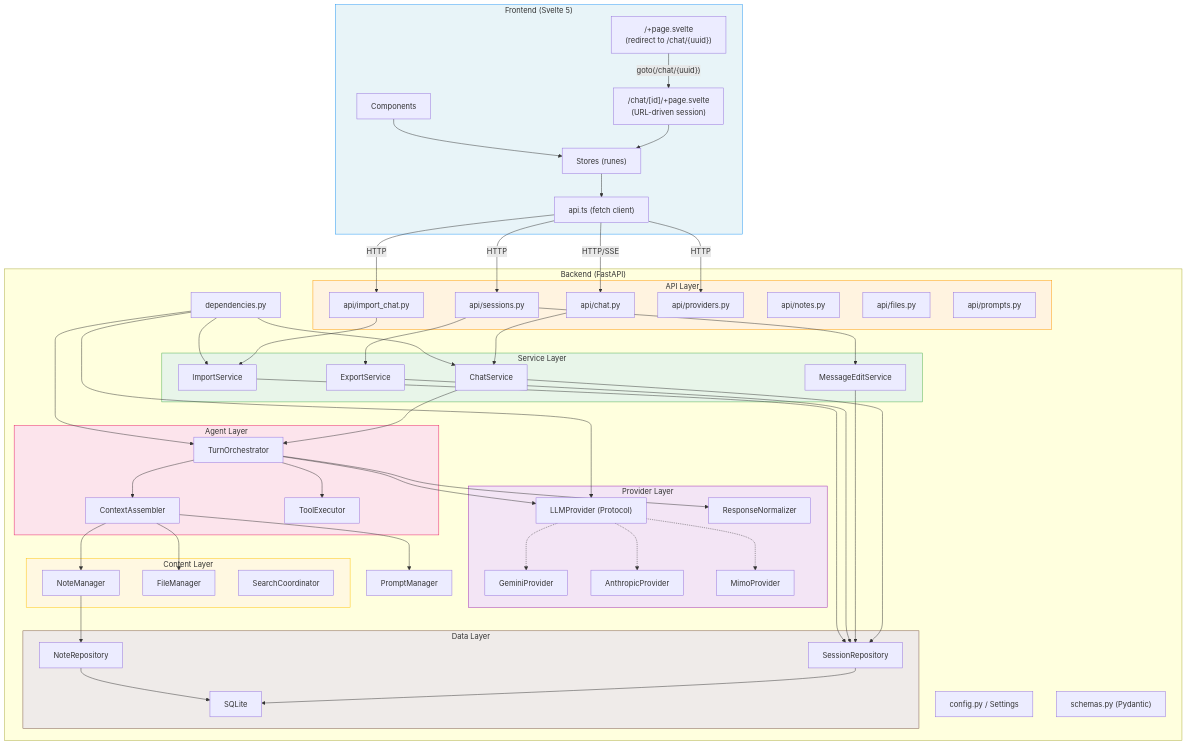
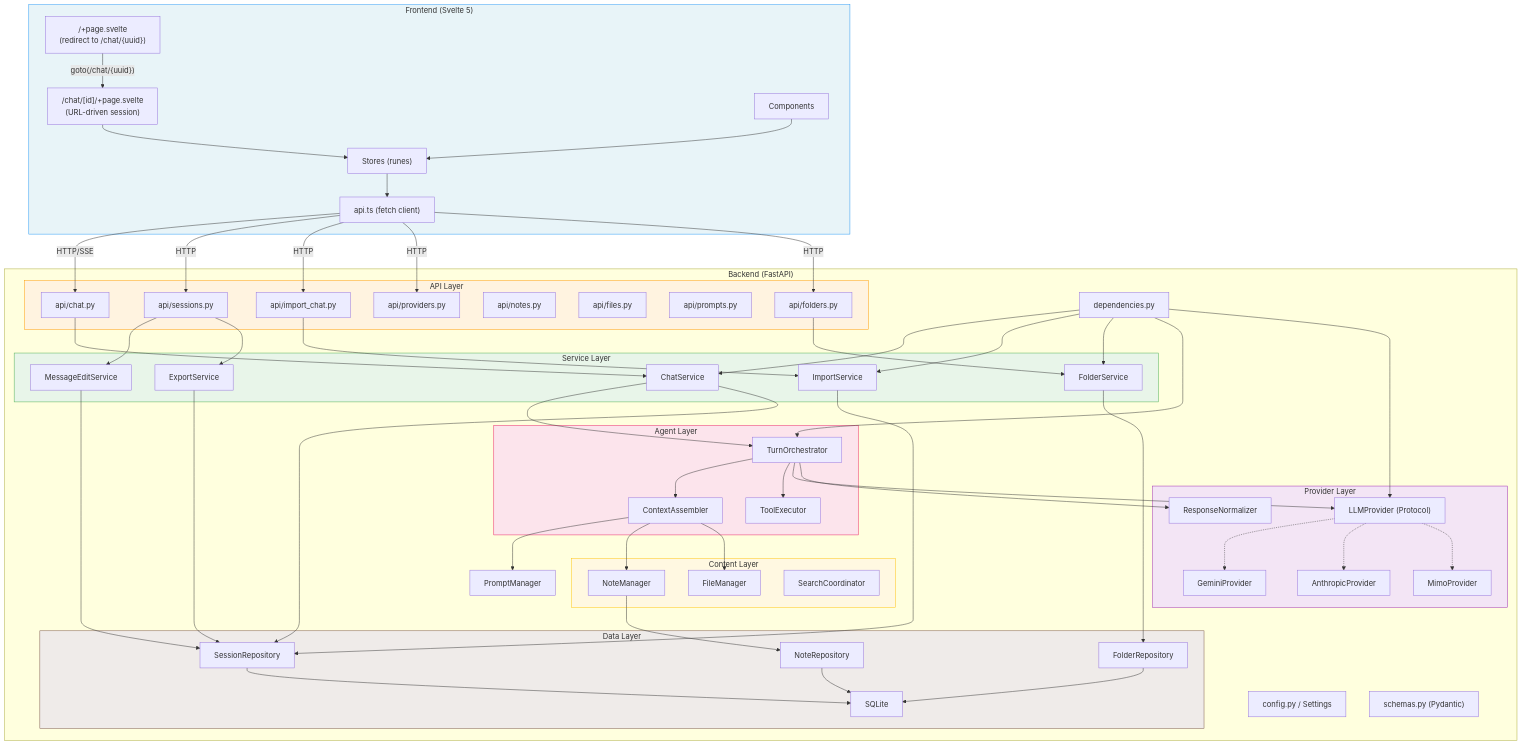
The first of 17 diagrams in kitchen-agent/docs/specs/architecture-diagrams.md (m1981/kuchnie), drawn with Mermaid before and after one commit. The commit also changed other lines of this file and 1 other file, not shown here.

First line of the commit message:
docs: update architecture diagrams to align with current codebase

```diff
--- a/kitchen-agent/docs/specs/architecture-diagrams.md
+++ b/kitchen-agent/docs/specs/architecture-diagrams.md
@@ -26,6 +26,7 @@
             NoteRoute["api/notes.py"]
             FileRoute["api/files.py"]
             PromptRoute["api/prompts.py"]
+            FolderRoute["api/folders.py"]
         end
 
         subgraph Service_Layer["Service Layer"]
@@ -33,6 +34,7 @@
             MsgEditor["MessageEditService"]
             ExportSvc["ExportService"]
             ImportSvc["ImportService"]
+            FolderSvc["FolderService"]
         end
 
         subgraph Agent_Layer["Agent Layer"]
@@ -58,6 +60,7 @@
         subgraph Data_Layer["Data Layer"]
             SessionRepo["SessionRepository"]
             NoteRepo["NoteRepository"]
+            FolderRepo["FolderRepository"]
             SQLite["SQLite"]
         end
 
@@ -75,11 +78,13 @@
     API -->|HTTP| SessionRoute
     API -->|HTTP| ImportRoute
     API -->|HTTP| ProviderRoute
+    API -->|HTTP| FolderRoute
 
     ChatRoute --> ChatSvc
     SessionRoute --> MsgEditor
     SessionRoute --> ExportSvc
     ImportRoute --> ImportSvc
+    FolderRoute --> FolderSvc
 
     ChatSvc --> Orchestrator
     Orchestrator --> Context
@@ -99,12 +104,15 @@
     MsgEditor --> SessionRepo
     ExportSvc --> SessionRepo
     ImportSvc --> SessionRepo
+    FolderSvc --> FolderRepo
     NoteMgr --> NoteRepo
     SessionRepo --> SQLite
     NoteRepo --> SQLite
+    FolderRepo --> SQLite
 
     DI --> ChatSvc
     DI --> ImportSvc
+    DI --> FolderSvc
     DI --> Orchestrator
     DI --> LLMProvider
 
```
